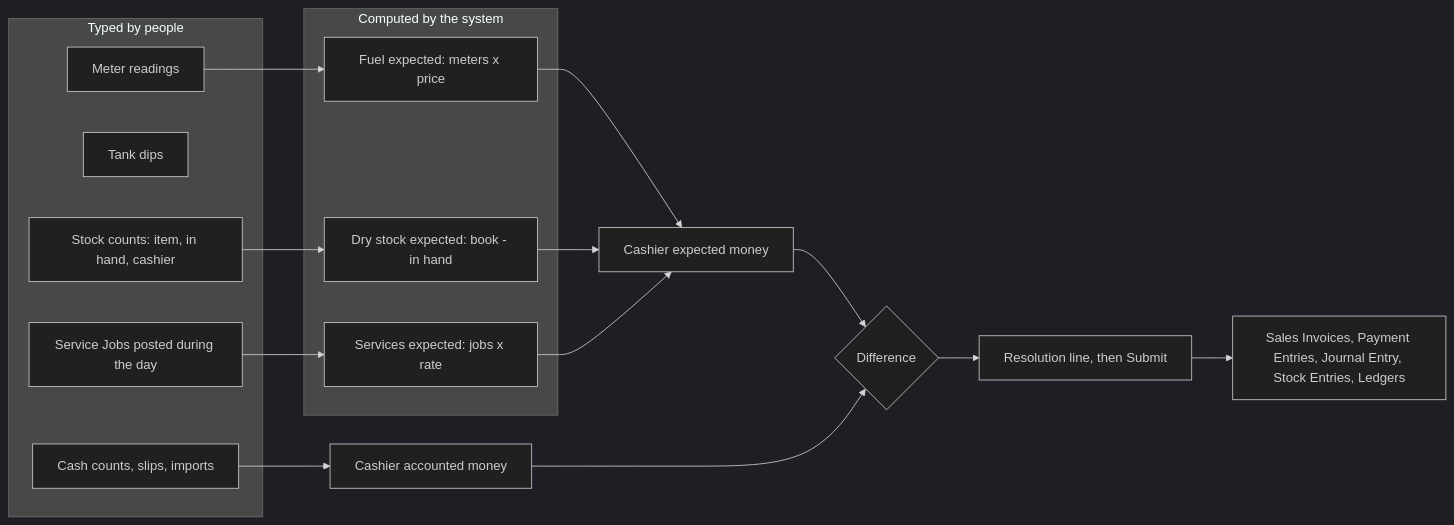
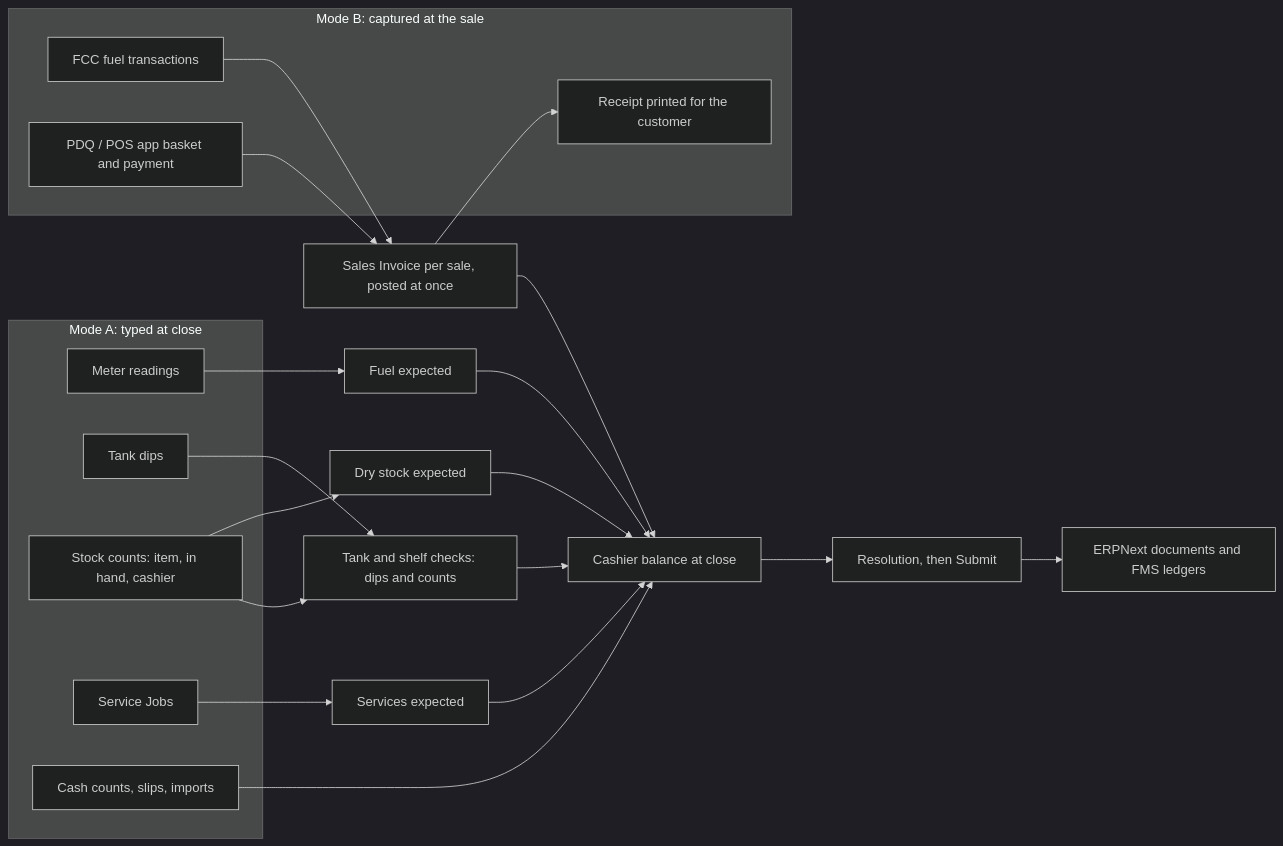
The first of 3 diagrams in docs/fms-nonfuel.md (niiniyare/Afms), drawn with Mermaid (dark theme) before and after one commit. The commit also changed other lines of this file and 4 other files, not shown here.

````diff
--- a/docs/fms-nonfuel.md
+++ b/docs/fms-nonfuel.md
@@ -58,26 +81,31 @@
 ```mermaid
 flowchart LR
-    subgraph Typed by people
-      A[Meter readings] 
+    subgraph ModeA[Mode A: typed at close]
+      A[Meter readings]
       B[Tank dips]
       C[Stock counts: item, in hand, cashier]
-      D[Service Jobs posted during the day]
+      D[Service Jobs]
       E[Cash counts, slips, imports]
     end
-    subgraph Computed by the system
-      F[Fuel expected: meters x price]
-      G[Dry stock expected: book - in hand]
-      H[Services expected: jobs x rate]
+    subgraph ModeB[Mode B: captured at the sale]
+      P[FCC fuel transactions]
+      Q[PDQ / POS app basket and payment]
+      R[Receipt printed for the customer]
     end
-    A --> F
-    C --> G
-    D --> H
-    F --> I[Cashier expected money]
+    A --> F[Fuel expected]
+    C --> G[Dry stock expected]
+    D --> H[Services expected]
+    Q --> S[Sales Invoice per sale, posted at once]
+    P --> S
+    S --> R
+    F --> I[Cashier balance at close]
     G --> I
     H --> I
-    E --> J[Cashier accounted money]
-    I --> K{Difference}
-    J --> K
-    K --> L[Resolution line, then Submit]
-    L --> M[Sales Invoices, Payment Entries, Journal Entry, Stock Entries, Ledgers]
+    S --> I
+    E --> I
+    B --> T[Tank and shelf checks: dips and counts]
+    C --> T
+    T --> I
+    I --> L[Resolution, then Submit]
+    L --> M[ERPNext documents and FMS ledgers]
 ```
````
